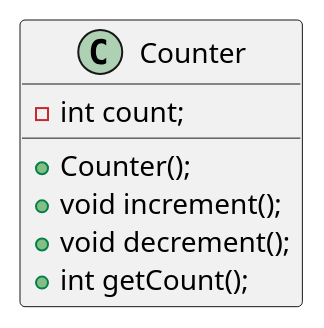
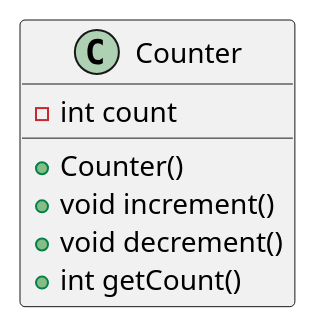
The diagram in src/taller01/ej01/Counter.puml (guerrerojuli/POO), drawn with PlantUML before and after one commit. The commit also changed 1 other file, not shown here.

```diff
--- a/src/taller01/ej01/Counter.puml
+++ b/src/taller01/ej01/Counter.puml
@@ -1,12 +1,12 @@
 @startuml
 'https://plantuml.com/sequence-diagram
 
 class Counter {
-- int count;
-+ Counter();
-+ void increment();
-+ void decrement();
-+ int getCount();
+- int count
++ Counter()
++ void increment()
++ void decrement()
++ int getCount()
 }
 
 @enduml
```
